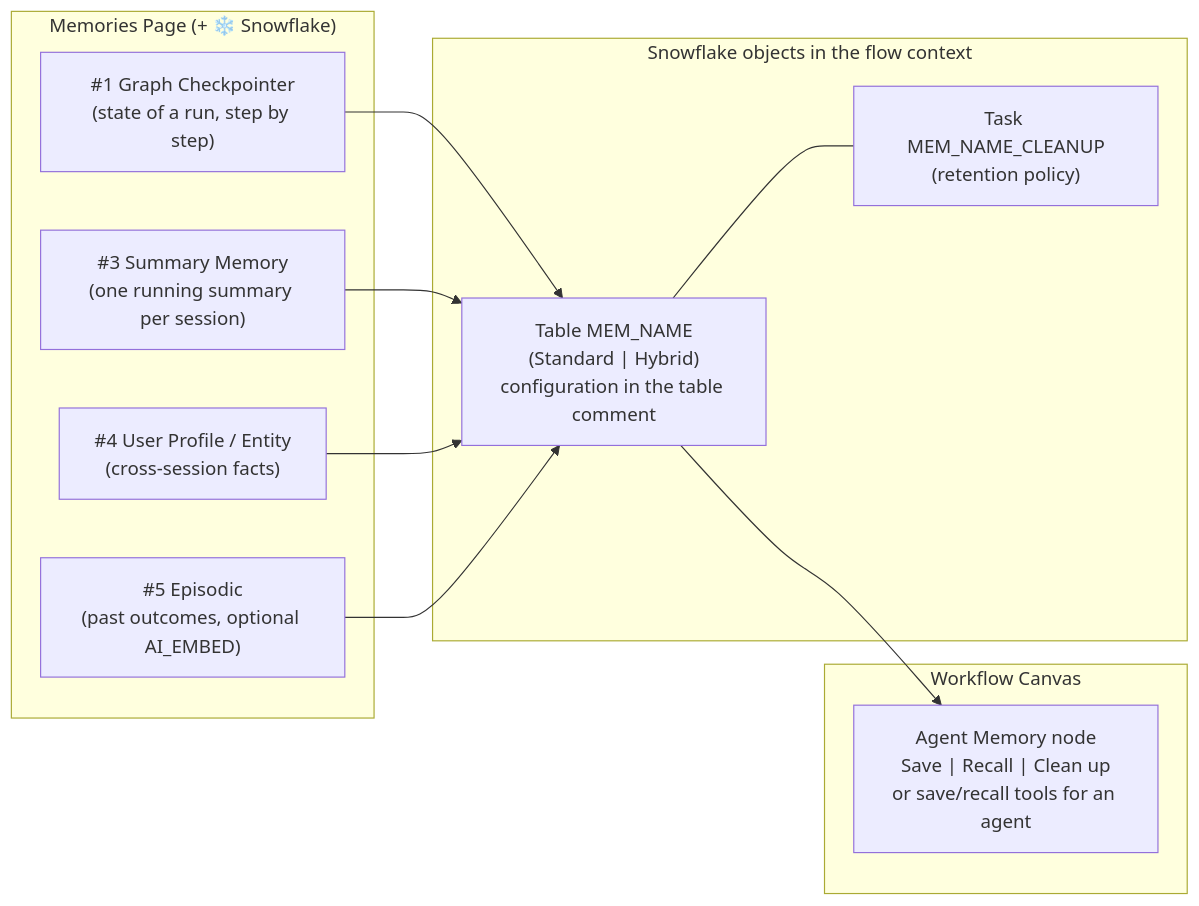
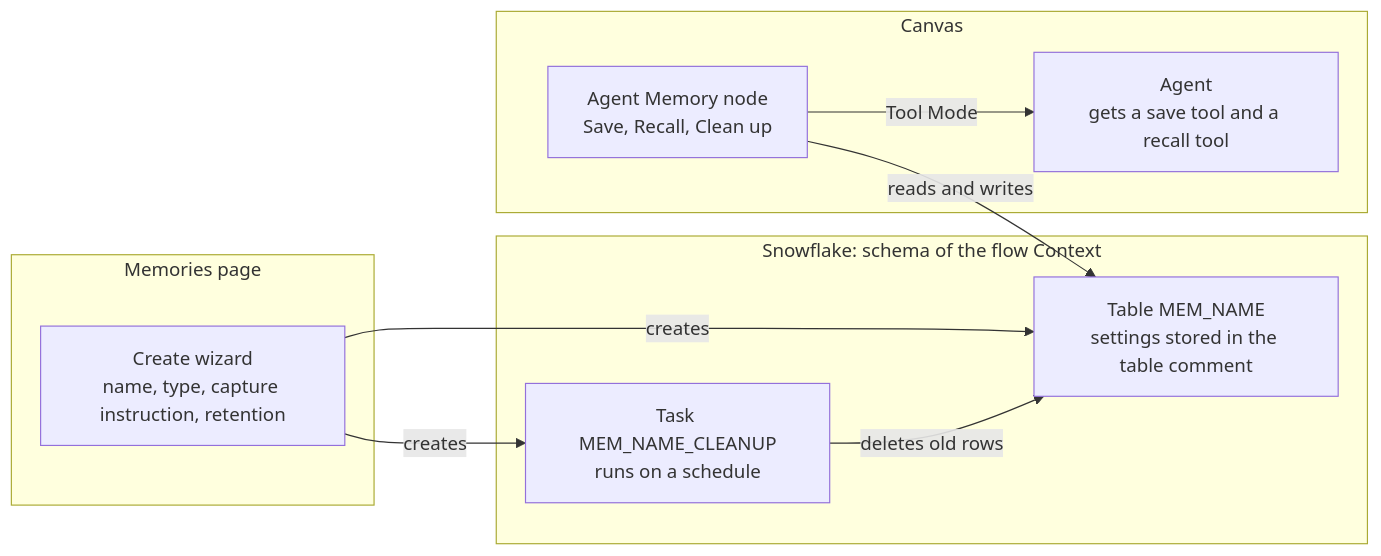
One commit to fbattaglieri-snowflake/Native-Snowflake-Langflow changed the fifth of 5 diagrams in README.md. Above: the diagram before and after it, drawn with Mermaid. The commit also changed other lines of this file and 6 other files, not shown here.

First line of the commit message:
Rewrite README for readability and fix Mermaid diagrams that GitHub could not render

````diff
--- a/README.md
+++ b/README.md
@@ -232,21 +347,22 @@
 ```mermaid
 flowchart LR
-    subgraph Wizard["Memories Page (+ ❄️ Snowflake)"]
-        M1["#1 Graph Checkpointer<br/>(state of a run, step by step)"]
-        M3["#3 Summary Memory<br/>(one running summary per session)"]
-        M4["#4 User Profile / Entity<br/>(cross-session facts)"]
-        M5["#5 Episodic<br/>(past outcomes, optional AI_EMBED)"]
+    subgraph Page["Memories page"]
+        W["Create wizard<br/>name, type, capture instruction, retention"]
     end
 
-    subgraph Storage["Snowflake objects in the flow context"]
-        SFTable["Table MEM_NAME<br/>(Standard | Hybrid)<br/>configuration in the table comment"]
-        Task["Task MEM_NAME_CLEANUP<br/>(retention policy)"]
+    subgraph SF["Snowflake: schema of the flow Context"]
+        T["Table MEM_NAME<br/>settings stored in the table comment"]
+        K["Task MEM_NAME_CLEANUP<br/>runs on a schedule"]
     end
 
-    subgraph Canvas["Workflow Canvas"]
-        AM["Agent Memory node<br/>Save | Recall | Clean up<br/>or save/recall tools for an agent"]
+    subgraph Canvas["Canvas"]
+        AM["Agent Memory node<br/>Save, Recall, Clean up"]
+        AG["Agent<br/>gets a save tool and a recall tool"]
     end
 
-    M1 & M3 & M4 & M5 --> SFTable --> AM
-    SFTable --- Task
+    W -->|creates| T
+    W -->|creates| K
+    K -->|deletes old rows| T
+    AM -->|reads and writes| T
+    AM -->|Tool Mode| AG
 ```
````
